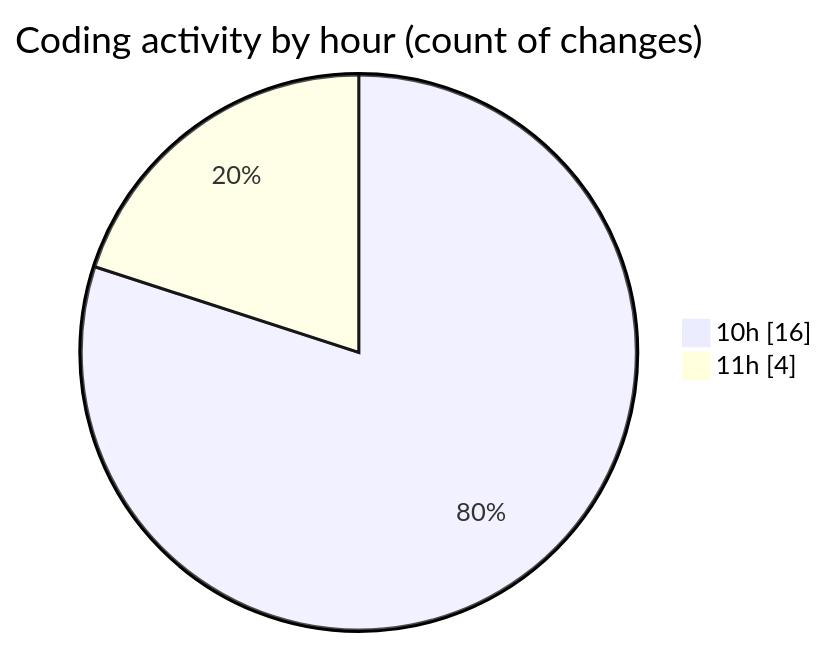
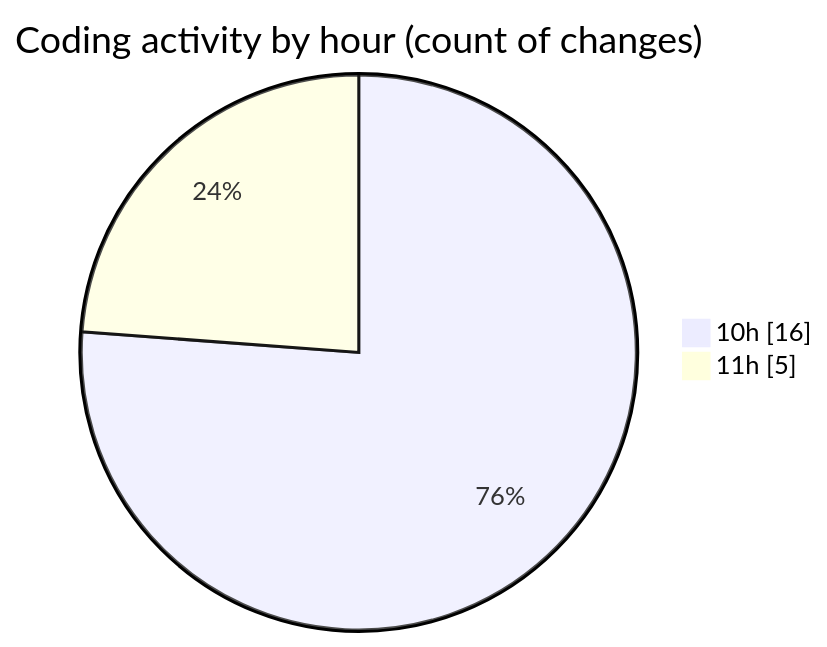
Before and after one commit to lephambinh05/code-tracking: the second of 2 diagrams in 2025-07-20/nhahang/README.md, drawn with Mermaid. The commit also changed other lines of this file and 1 other file, not shown here.

````diff
--- a/2025-07-20/nhahang/README.md
+++ b/2025-07-20/nhahang/README.md
@@ -36,6 +36,6 @@
 ```mermaid
 pie showData
 title Coding activity by hour (count of changes)
 "10h" : 16
-"11h" : 4
+"11h" : 5
 ```
````
